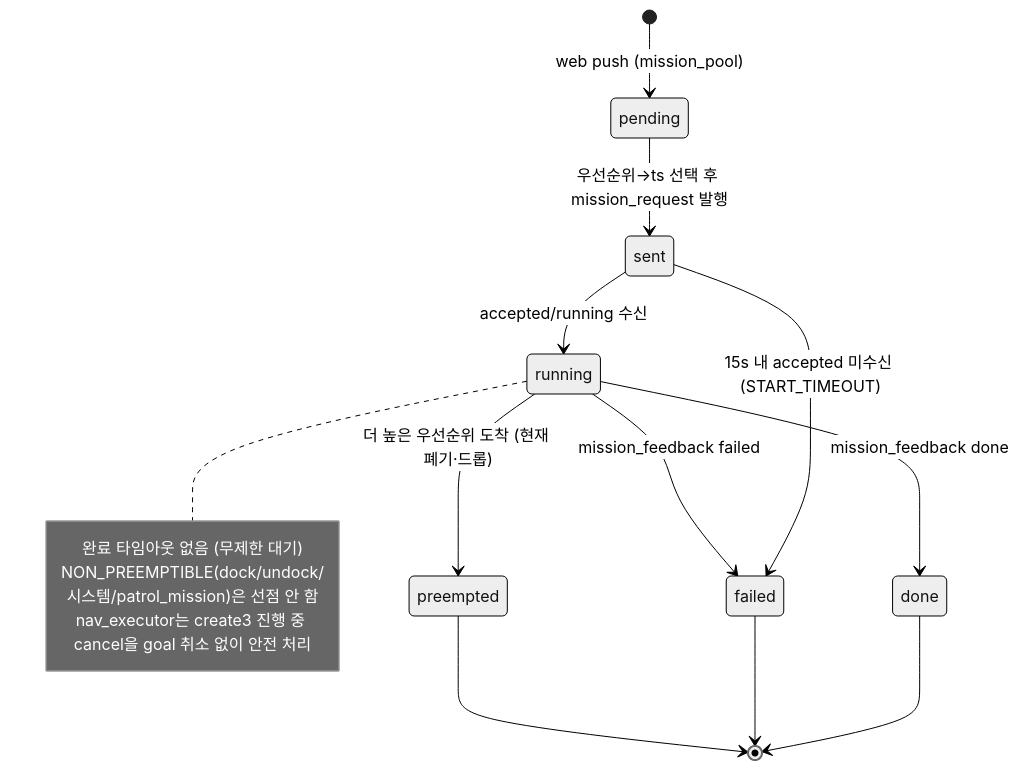
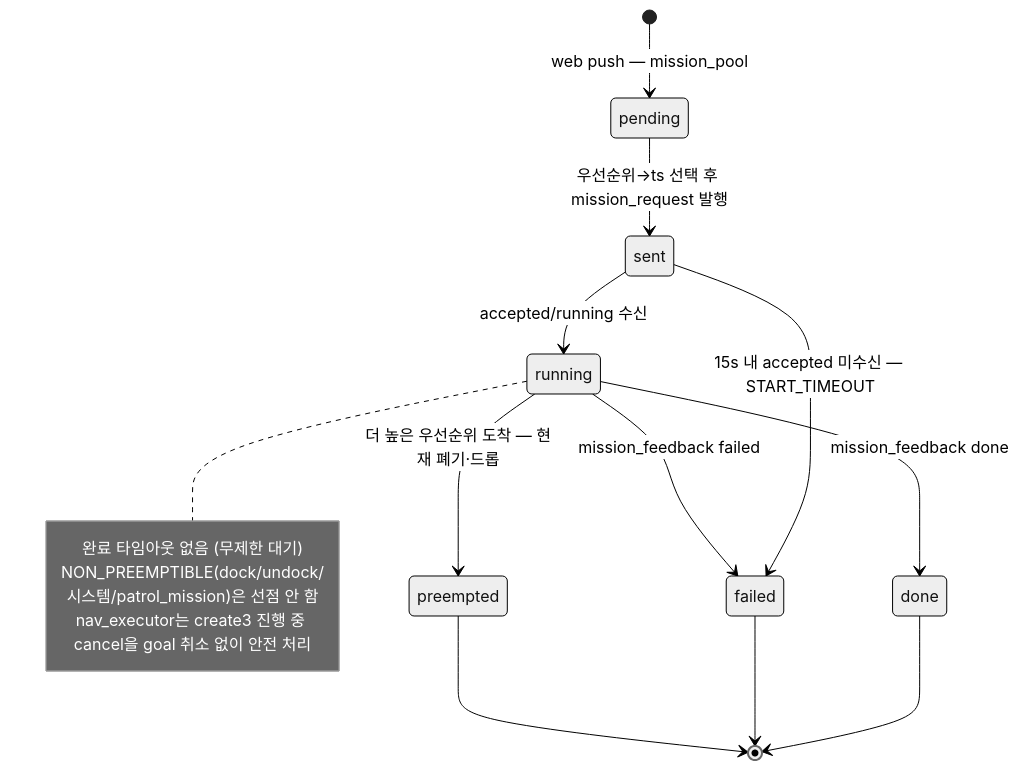
The ninth of 13 diagrams in docs/architecture/05_mermaid_architecture.md (yevettee/MediCart), drawn with Mermaid (neutral theme) before and after one commit. The commit also changed other lines of this file, not shown here.

Commit message:
docs(arch): mermaid v10 렌더 안전화 — stateDiagram 전이 라벨 괄호 제거 + 결정노드 라벨 인용

````diff
--- a/docs/architecture/05_mermaid_architecture.md
+++ b/docs/architecture/05_mermaid_architecture.md
@@ -180,18 +180,18 @@
 ```mermaid
 stateDiagram-v2
-  [*] --> pending : web push (mission_pool)
+  [*] --> pending : web push — mission_pool
   pending --> sent : 우선순위→ts 선택 후 mission_request 발행
   sent --> running : accepted/running 수신
-  sent --> failed : 15s 내 accepted 미수신 (START_TIMEOUT)
+  sent --> failed : 15s 내 accepted 미수신 — START_TIMEOUT
   running --> done : mission_feedback done
   running --> failed : mission_feedback failed
-  running --> preempted : 더 높은 우선순위 도착 (현재 폐기·드롭)
+  running --> preempted : 더 높은 우선순위 도착 — 현재 폐기·드롭
   done --> [*]
   failed --> [*]
   preempted --> [*]
   note right of running
     완료 타임아웃 없음 (무제한 대기)
     NON_PREEMPTIBLE(dock/undock/시스템/patrol_mission)은 선점 안 함
     nav_executor는 create3 진행 중 cancel을 goal 취소 없이 안전 처리
   end note
 ```
````
